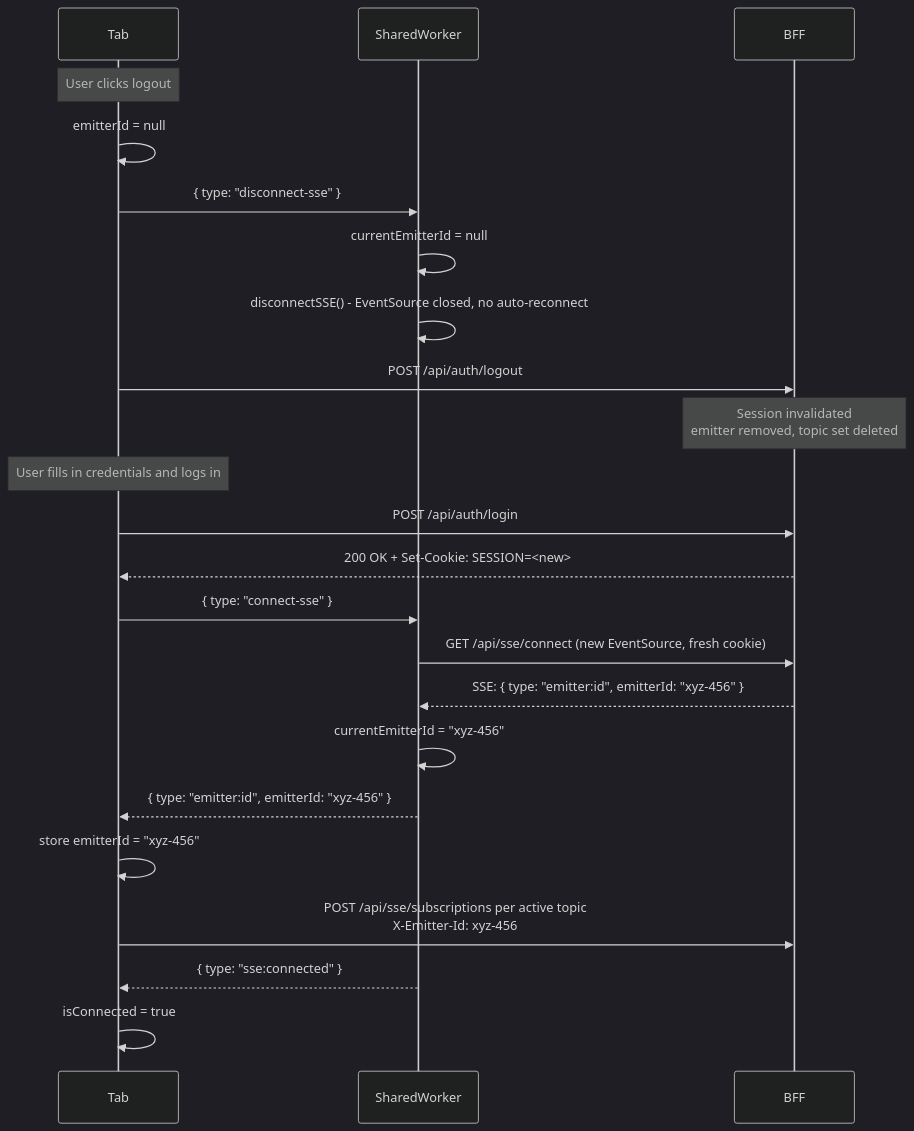
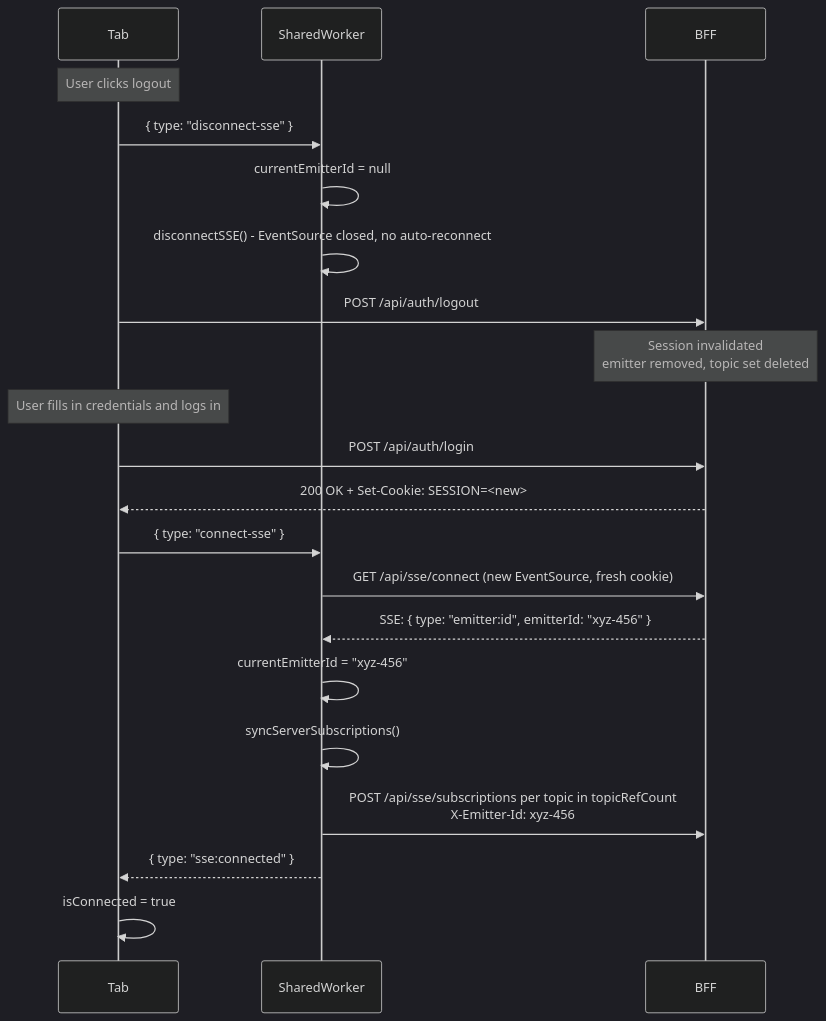
The sixth of 7 diagrams in SSE-DIAGRAMS.md (iarroyo/sse-demo), drawn with Mermaid (dark theme) before and after one commit. The commit also changed other lines of this file and 2 other files, not shown here.

First line of the commit message:
docs(sse): reflect REST subscription calls moved to SharedWorker

````diff
--- a/SSE-DIAGRAMS.md
+++ b/SSE-DIAGRAMS.md
@@ -148,30 +151,28 @@
 ```mermaid
 sequenceDiagram
     participant Tab
     participant Worker as SharedWorker
     participant Server as BFF
 
     Note over Tab: User clicks logout
-    Tab->>Tab: emitterId = null
     Tab->>Worker: { type: "disconnect-sse" }
     Worker->>Worker: currentEmitterId = null
     Worker->>Worker: disconnectSSE() - EventSource closed, no auto-reconnect
 
     Tab->>Server: POST /api/auth/logout
     Note over Server: Session invalidated<br/>emitter removed, topic set deleted
 
     Note over Tab: User fills in credentials and logs in
     Tab->>Server: POST /api/auth/login
     Server-->>Tab: 200 OK + Set-Cookie: SESSION=<new>
 
     Tab->>Worker: { type: "connect-sse" }
     Worker->>Server: GET /api/sse/connect (new EventSource, fresh cookie)
     Server-->>Worker: SSE: { type: "emitter:id", emitterId: "xyz-456" }
     Worker->>Worker: currentEmitterId = "xyz-456"
-    Worker-->>Tab: { type: "emitter:id", emitterId: "xyz-456" }
-    Tab->>Tab: store emitterId = "xyz-456"
-    Tab->>Server: POST /api/sse/subscriptions per active topic<br/>X-Emitter-Id: xyz-456
+    Worker->>Worker: syncServerSubscriptions()
+    Worker->>Server: POST /api/sse/subscriptions per topic in topicRefCount<br/>X-Emitter-Id: xyz-456
 
     Worker-->>Tab: { type: "sse:connected" }
     Tab->>Tab: isConnected = true
 ```
````
